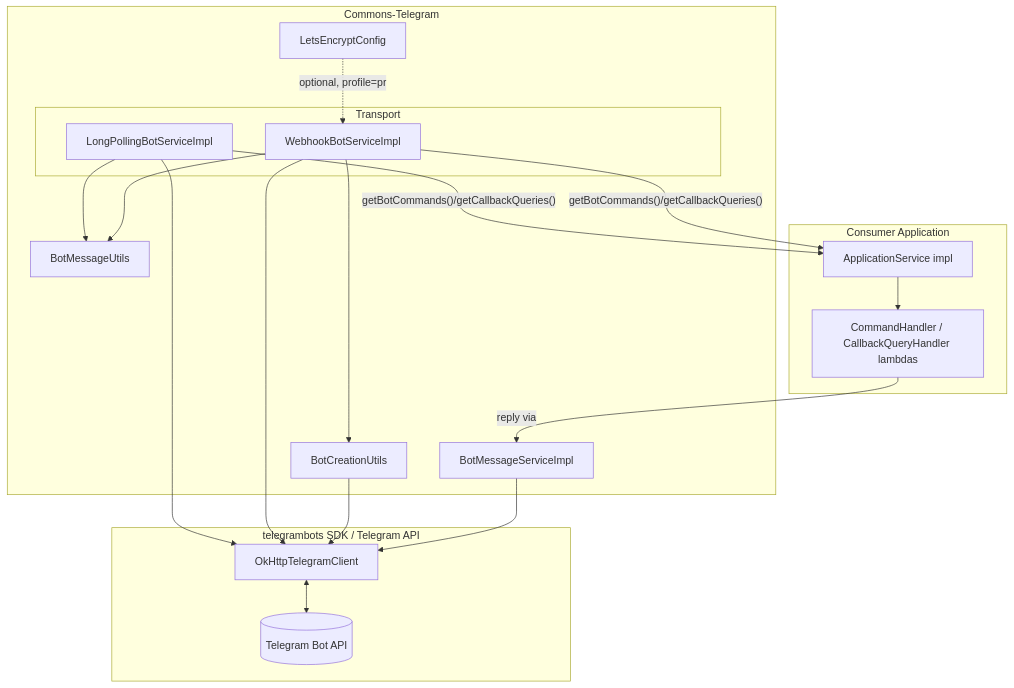
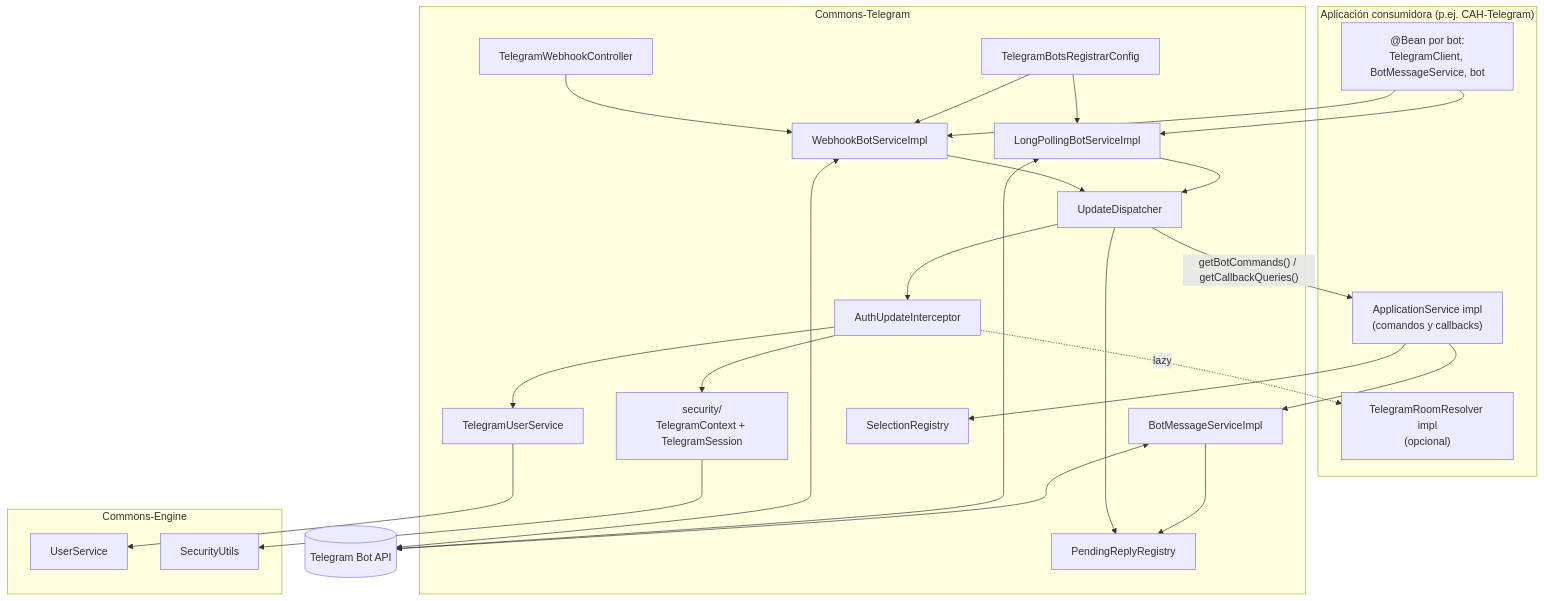
The first of 2 diagrams in docs/CODEBASE_MAP.md (themarioga/Commons-Telegram), drawn with Mermaid before and after one commit. The commit also changed other lines of this file and 2 other files, not shown here.

````diff
--- a/docs/CODEBASE_MAP.md
+++ b/docs/CODEBASE_MAP.md
@@ -21,37 +15,51 @@
 ```mermaid
 graph TB
-    subgraph Consumer["Consumer Application"]
-        AppSvc[ApplicationService impl]
-        Handlers["CommandHandler / CallbackQueryHandler lambdas"]
+    subgraph Consumer["Aplicación consumidora (p.ej. CAH-Telegram)"]
+        AppSvc["ApplicationService impl<br/>(comandos y callbacks)"]
+        RoomRes["TelegramRoomResolver impl<br/>(opcional)"]
+        Cfg["@Bean por bot:<br/>TelegramClient, BotMessageService, bot"]
     end
 
     subgraph Library["Commons-Telegram"]
-        subgraph Transport
-            LP[LongPollingBotServiceImpl]
-            WH[WebhookBotServiceImpl]
-        end
+        Reg[TelegramBotsRegistrarConfig]
+        WHC[TelegramWebhookController]
+        LP[LongPollingBotServiceImpl]
+        WH[WebhookBotServiceImpl]
+        UD[UpdateDispatcher]
+        AUI[AuthUpdateInterceptor]
+        TUS[TelegramUserService]
+        Sec["security/<br/>TelegramContext + TelegramSession"]
         BSI[BotMessageServiceImpl]
-        BMU[BotMessageUtils]
-        BCU[BotCreationUtils]
-        LEC[LetsEncryptConfig]
+        PRR[PendingReplyRegistry]
+        SR[SelectionRegistry]
     end
 
-    subgraph SDK["telegrambots SDK / Telegram API"]
-        Client[OkHttpTelegramClient]
-        TG[(Telegram Bot API)]
+    subgraph Engine["Commons-Engine"]
+        US[UserService]
+        SU[SecurityUtils]
     end
 
-    AppSvc --> Handlers
-    LP -->|"getBotCommands()/getCallbackQueries()"| AppSvc
-    WH -->|"getBotCommands()/getCallbackQueries()"| AppSvc
-    LP --> BMU
-    WH --> BMU
-    LP --> Client
-    WH --> Client
-    WH --> BCU
-    BCU --> Client
-    Handlers -->|reply via| BSI
-    BSI --> Client
-    Client <--> TG
-    LEC -.optional, profile=pro.-> WH
+    TG[(Telegram Bot API)]
+
+    Cfg --> LP
+    Cfg --> WH
+    Reg --> LP
+    Reg --> WH
+    WHC --> WH
+    LP --> UD
+    WH --> UD
+    UD --> AUI
+    AUI --> TUS
+    AUI --> Sec
+    TUS --> US
+    Sec --> SU
+    UD -->|"getBotCommands() / getCallbackQueries()"| AppSvc
+    AppSvc --> BSI
+    AppSvc --> SR
+    BSI --> PRR
+    UD --> PRR
+    AUI -.->|"lazy"| RoomRes
+    BSI <--> TG
+    LP <--> TG
+    WH <--> TG
 ```
````
